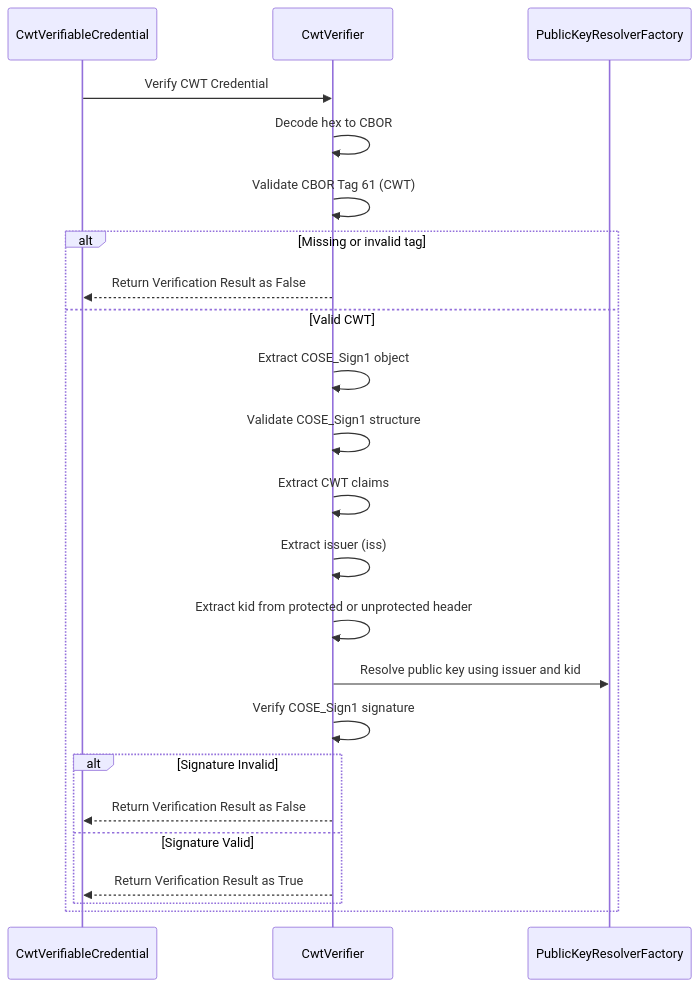
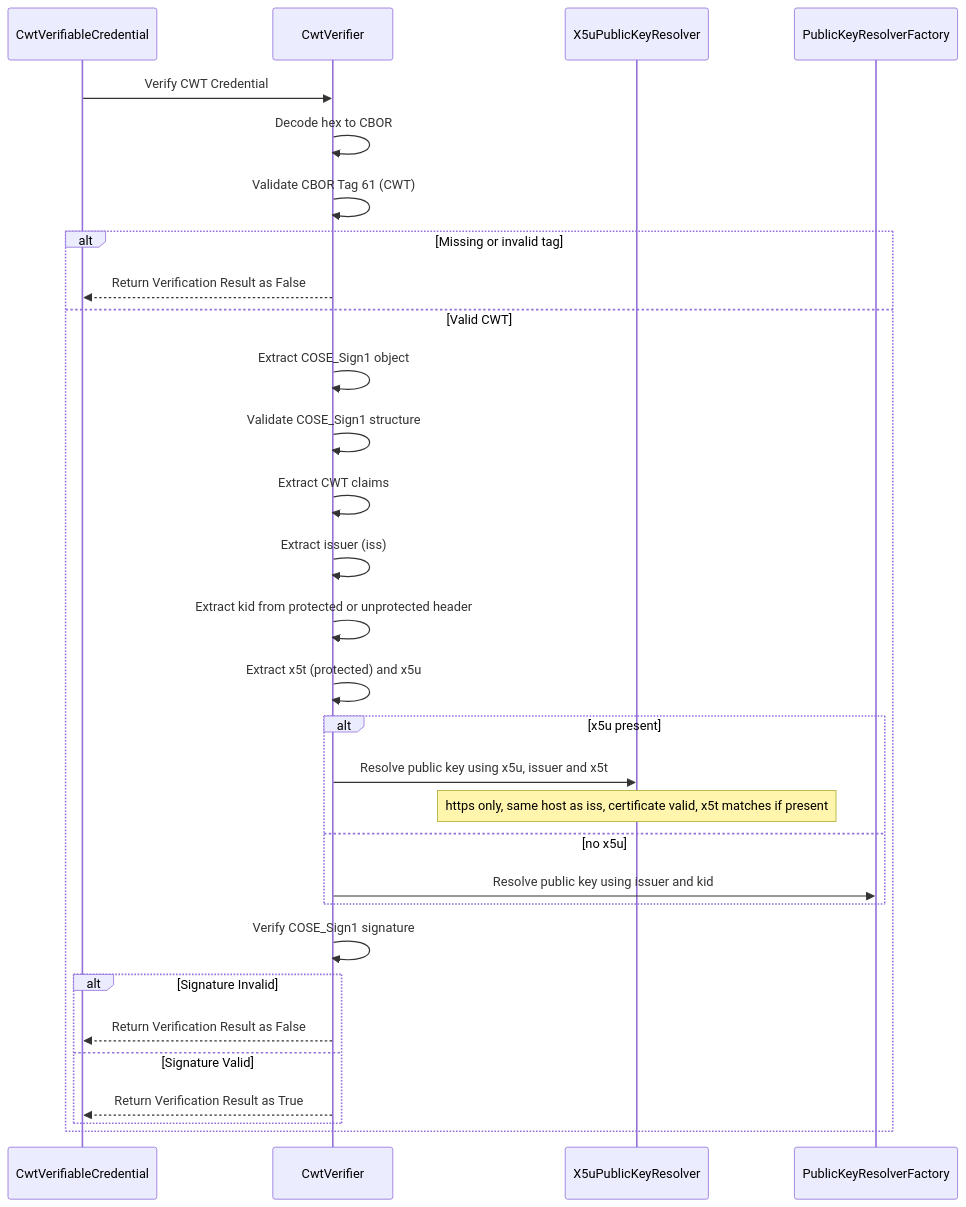
Before and after one commit to inji/vc-verifier: the third of 3 diagrams in doc/cwt-vc-verification-support.md, drawn with Mermaid. The commit also changed other lines of this file and 1 other file, not shown here.

First line of the commit message:
docs(cwt): update CWT VC verification support documentation (#6)

````diff
--- a/doc/cwt-vc-verification-support.md
+++ b/doc/cwt-vc-verification-support.md
@@ -78,25 +92,31 @@
 ```mermaid
 sequenceDiagram
 
    CwtVerifiableCredential->>CwtVerifier: Verify CWT Credential
    CwtVerifier->>CwtVerifier: Decode hex to CBOR
    CwtVerifier->>CwtVerifier: Validate CBOR Tag 61 (CWT)
    alt Missing or invalid tag
       CwtVerifier-->>CwtVerifiableCredential: Return Verification Result as False
    else Valid CWT
       CwtVerifier->>CwtVerifier: Extract COSE_Sign1 object
       CwtVerifier->>CwtVerifier: Validate COSE_Sign1 structure
       CwtVerifier->>CwtVerifier: Extract CWT claims
       CwtVerifier->>CwtVerifier: Extract issuer (iss)
       CwtVerifier->>CwtVerifier: Extract kid from protected or unprotected header
-      CwtVerifier->>PublicKeyResolverFactory: Resolve public key using issuer and kid
+      CwtVerifier->>CwtVerifier: Extract x5t (protected) and x5u
+      alt x5u present
+         CwtVerifier->>X5uPublicKeyResolver: Resolve public key using x5u, issuer and x5t
+         Note over X5uPublicKeyResolver: https only, same host as iss, certificate valid, x5t matches if present
+      else no x5u
+         CwtVerifier->>PublicKeyResolverFactory: Resolve public key using issuer and kid
+      end
       CwtVerifier->>CwtVerifier: Verify COSE_Sign1 signature
       alt Signature Invalid
          CwtVerifier-->>CwtVerifiableCredential: Return Verification Result as False
       else Signature Valid
          CwtVerifier-->>CwtVerifiableCredential: Return Verification Result as True
       end
    end
 
 
 ```
````
